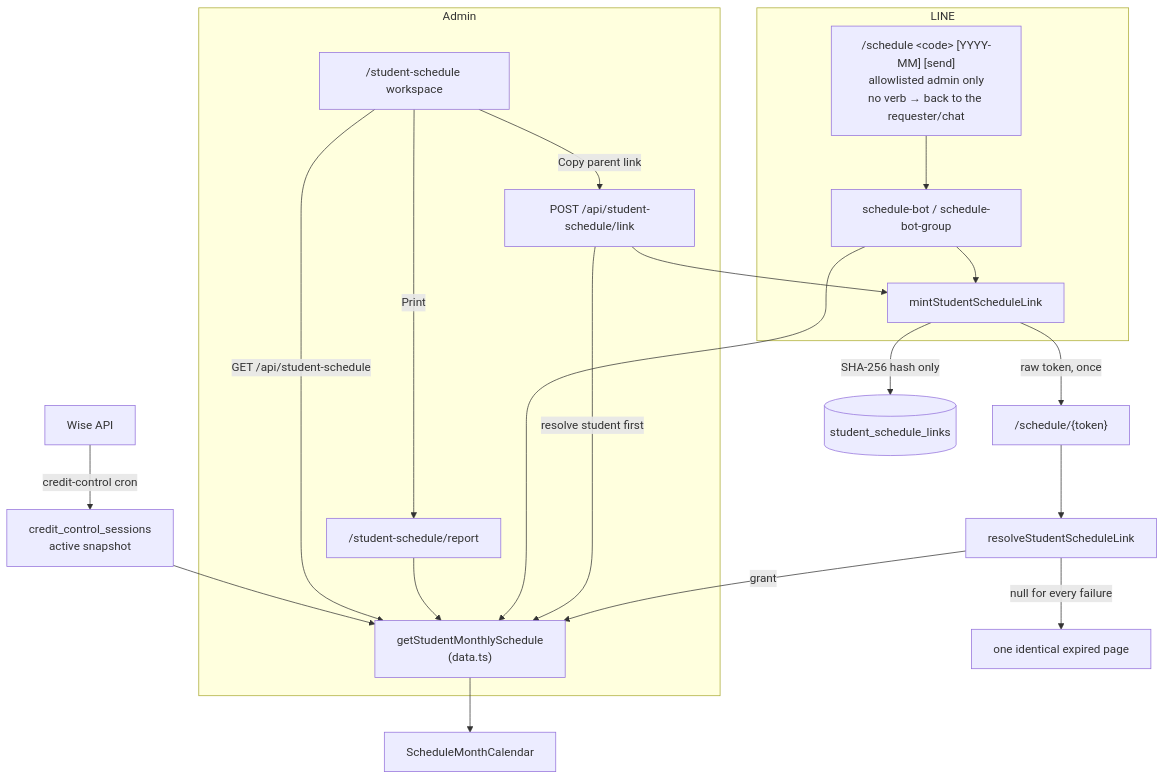
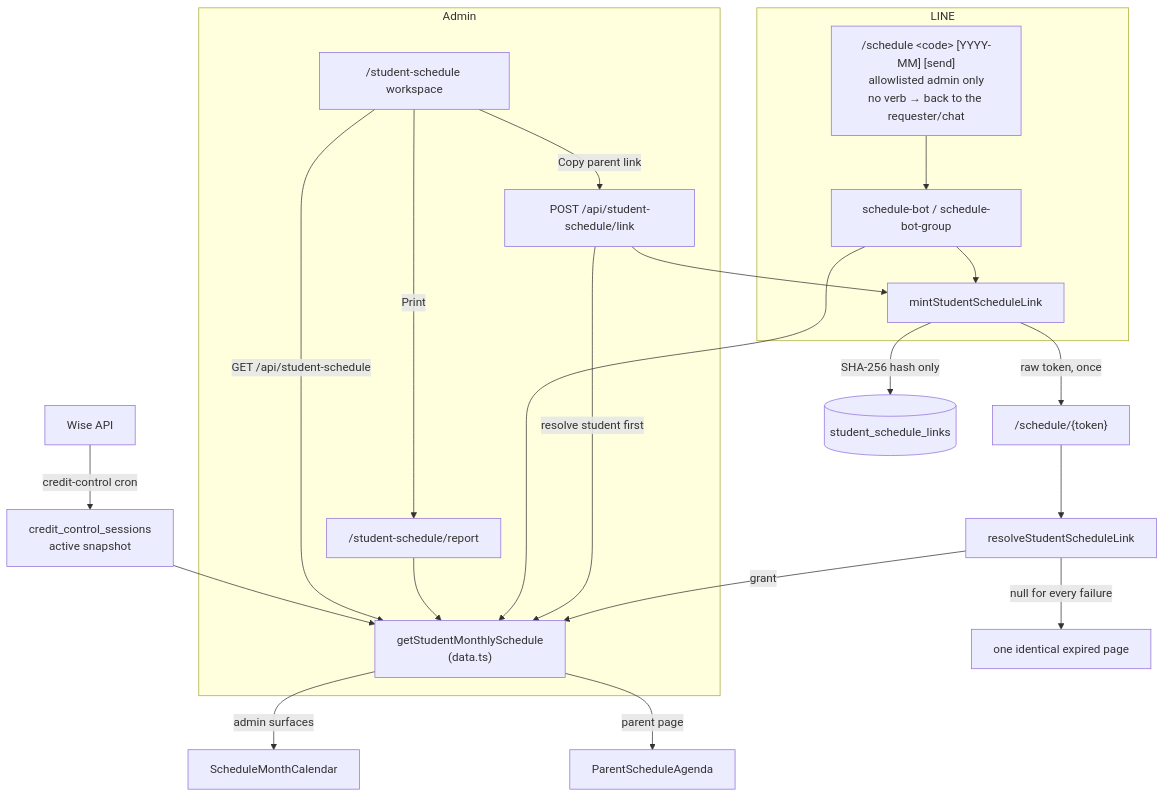
One commit to kasheesh711/bgscheduler changed the diagram in docs/features/student-schedule.md. Above: the diagram before and after it, drawn with Mermaid. The commit also changed other lines of this file and 4 other files, not shown here.

First line of the commit message:
test(student-schedule): cover the parent agenda; docs for the surface split

````diff
--- a/docs/features/student-schedule.md
+++ b/docs/features/student-schedule.md
@@ -182,27 +196,28 @@
 ```mermaid
 flowchart TD
   W[Wise API] -->|credit-control cron| CC[credit_control_sessions<br/>active snapshot]
   CC --> G["getStudentMonthlySchedule<br/>(data.ts)"]
 
   subgraph Admin
     A1["/student-schedule workspace"] -->|GET /api/student-schedule| G
     A1 -->|Print| A2["/student-schedule/report"] --> G
     A1 -->|Copy parent link| L["POST /api/student-schedule/link"]
   end
 
   subgraph LINE
     B["/schedule &lt;code&gt; [YYYY-MM] [send]<br/>allowlisted admin only<br/>no verb → back to the requester/chat"] --> BR[schedule-bot / schedule-bot-group]
     BR --> G
     BR --> M
   end
 
   L -->|resolve student first| G
   L --> M[mintStudentScheduleLink]
   M -->|SHA-256 hash only| T[(student_schedule_links)]
   M -->|raw token, once| U["/schedule/{token}"]
 
   U --> R[resolveStudentScheduleLink]
   R -->|null for every failure| E[one identical expired page]
   R -->|grant| G
-  G --> C[ScheduleMonthCalendar]
+  G -->|admin surfaces| C[ScheduleMonthCalendar]
+  G -->|parent page| P[ParentScheduleAgenda]
 ```
````
